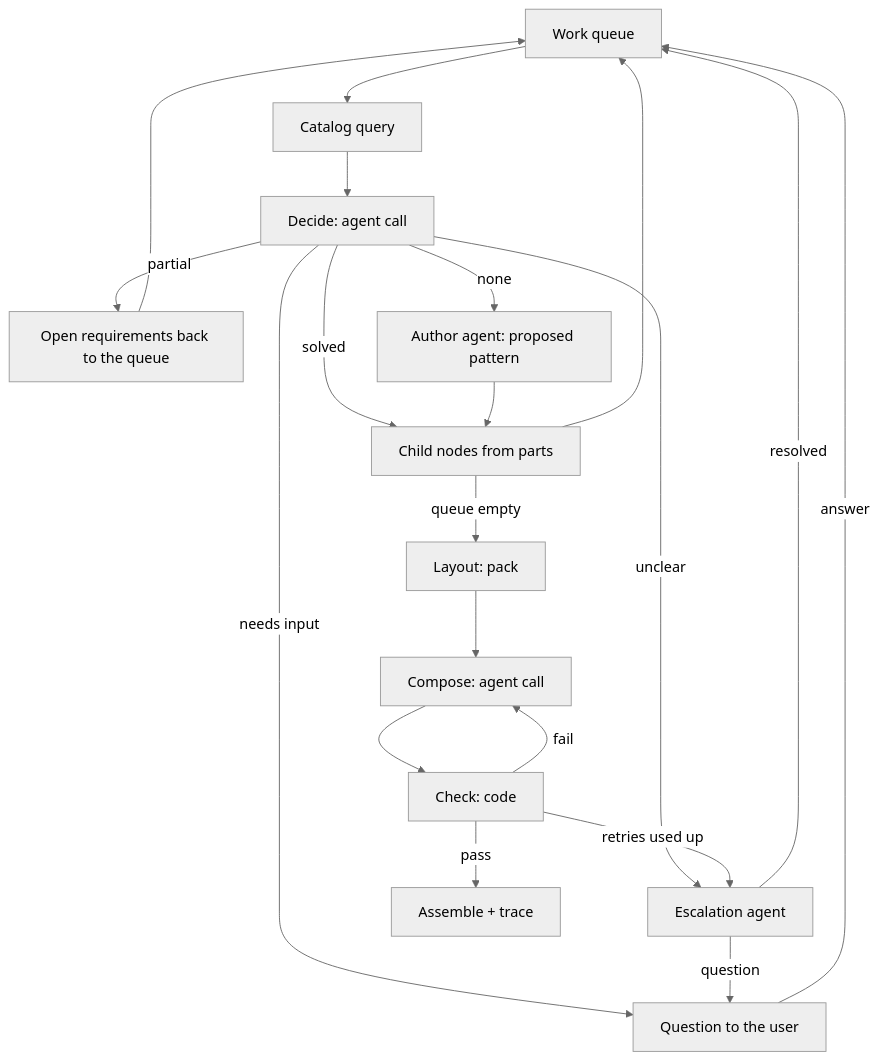
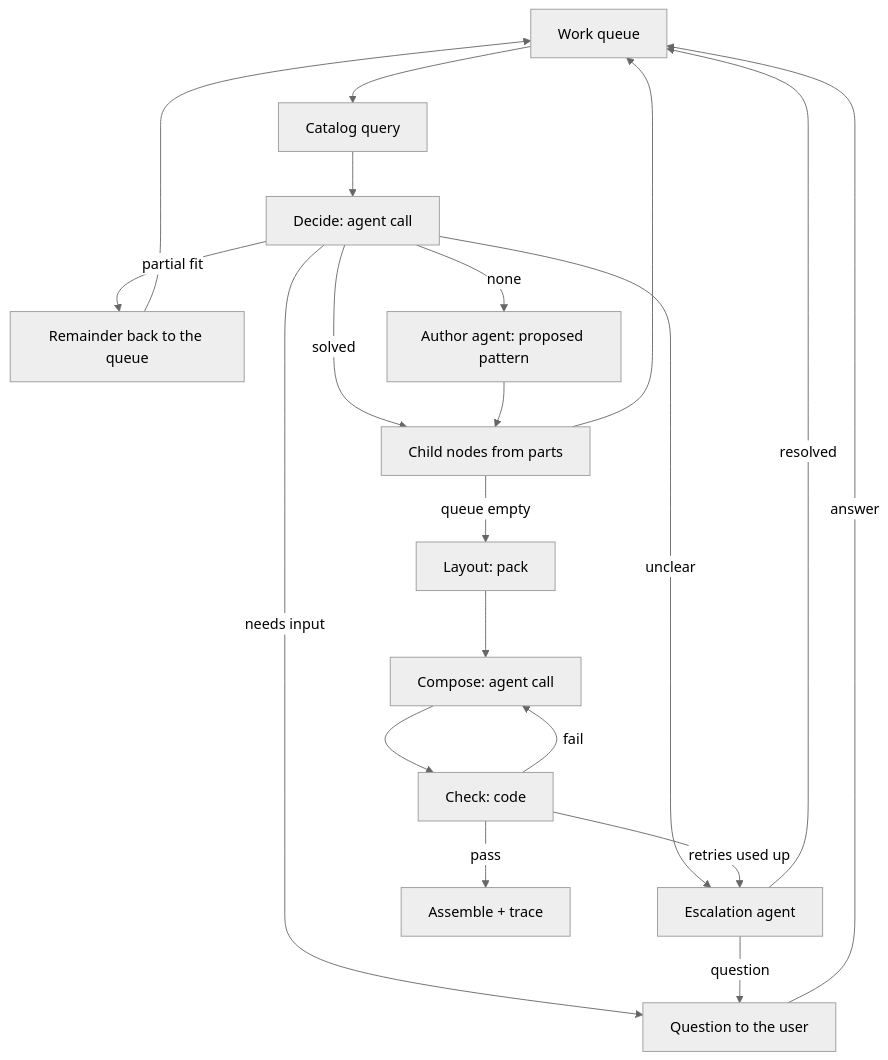
One commit to MgCohen/playground changed the second of 4 diagrams in pattern-engine/docs/design/architecture.md. Above: the diagram before and after it, drawn with Mermaid (neutral theme). The commit also changed other lines of this file and 17 other files, not shown here.

First line of the commit message:
Engine: partial fit, not partial pattern

````diff
--- a/pattern-engine/docs/design/architecture.md
+++ b/pattern-engine/docs/design/architecture.md
@@ -55,22 +55,22 @@
 ```mermaid
 flowchart TD
     Q[Work queue] --> C[Catalog query]
     C --> D[Decide: agent call]
     D -->|solved| K[Child nodes from parts]
-    D -->|partial| R[Open requirements back to the queue]
+    D -->|partial fit| R[Remainder back to the queue]
     D -->|needs input| U[Question to the user]
     D -->|none| AU[Author agent: proposed pattern]
     D -->|unclear| E[Escalation agent]
     R --> Q
     K --> Q
     U -->|answer| Q
     AU --> K
     K -->|queue empty| L[Layout: pack]
     L --> M[Compose: agent call]
     M --> X[Check: code]
     X -->|fail| M
     X -->|retries used up| E
     E -->|resolved| Q
     E -->|question| U
     X -->|pass| T[Assemble + trace]
 ```
````
